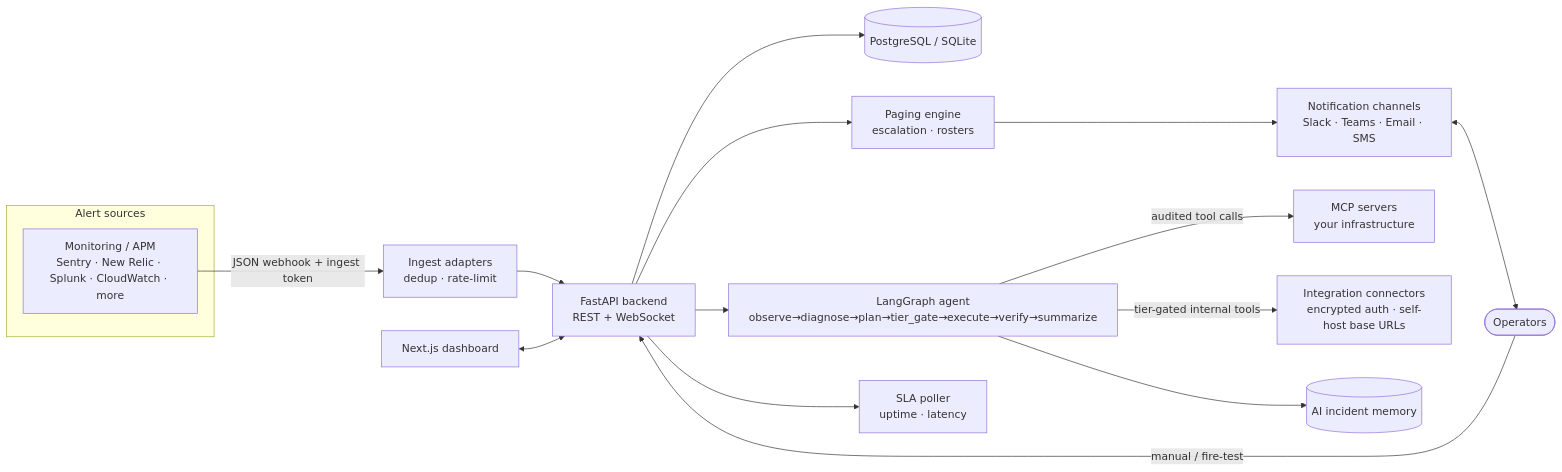
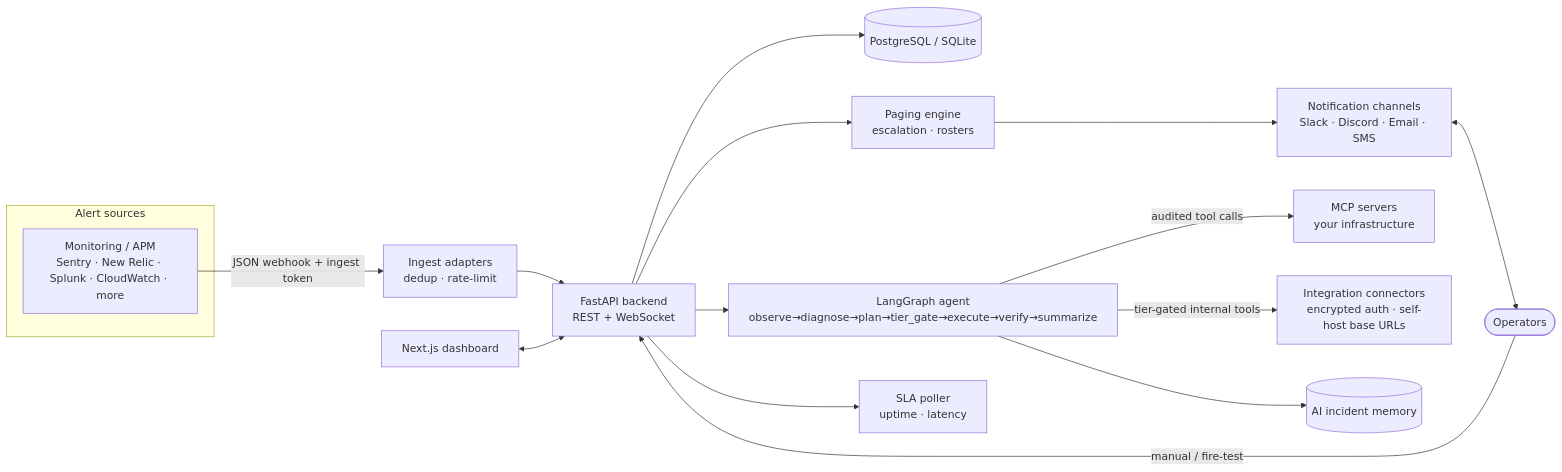
One commit to SpicyDaemon/OpsMender-AI changed the first of 2 diagrams in README.md. Above: the diagram before and after it, drawn with Mermaid. The commit also changed other lines of this file and 47 other files, not shown here.

````diff
--- a/README.md
+++ b/README.md
@@ -136,22 +137,22 @@
 ```mermaid
 flowchart LR
   subgraph SRC["Alert sources"]
     MON["Monitoring / APM<br/>Sentry · New Relic · Splunk · CloudWatch · more"]
   end
   OP(["Operators"])
 
   MON -->|"JSON webhook + ingest token"| ING["Ingest adapters<br/>dedup · rate-limit"]
   OP -->|"manual / fire-test"| API
   ING --> API["FastAPI backend<br/>REST + WebSocket"]
 
   API --> DB[("PostgreSQL / SQLite")]
   API --> PAGE["Paging engine<br/>escalation · rosters"]
-  PAGE --> NOTIF["Notification channels<br/>Slack · Teams · Email · SMS"]
+  PAGE --> NOTIF["Notification channels<br/>Slack · Discord · Email · SMS"]
   API --> AGENT["LangGraph agent<br/>observe→diagnose→plan→tier_gate→execute→verify→summarize"]
   AGENT -->|"audited tool calls"| MCP["MCP servers<br/>your infrastructure"]
   AGENT -->|"tier-gated internal tools"| INT["Integration connectors<br/>encrypted auth · self-host base URLs"]
   AGENT --> MEM[("AI incident memory")]
   API --> SLA["SLA poller<br/>uptime · latency"]
   UI["Next.js dashboard"] <--> API
   NOTIF <--> OP
 ```
````
